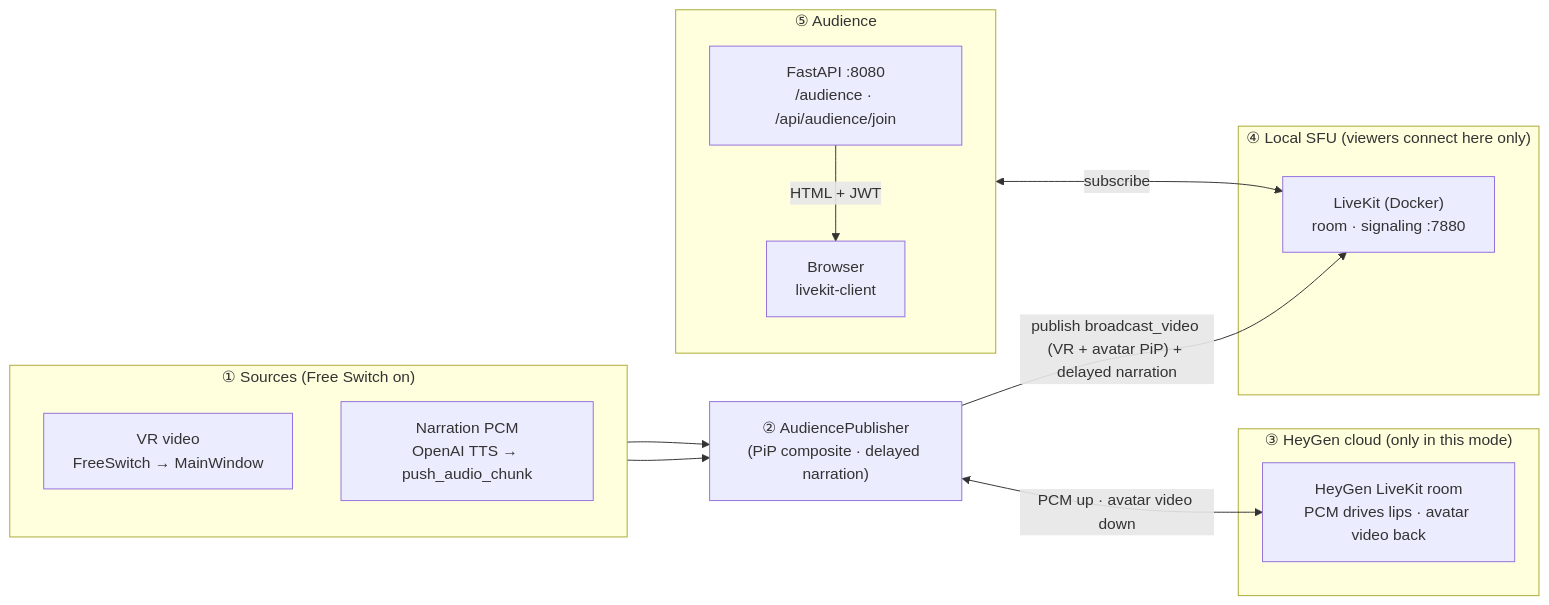
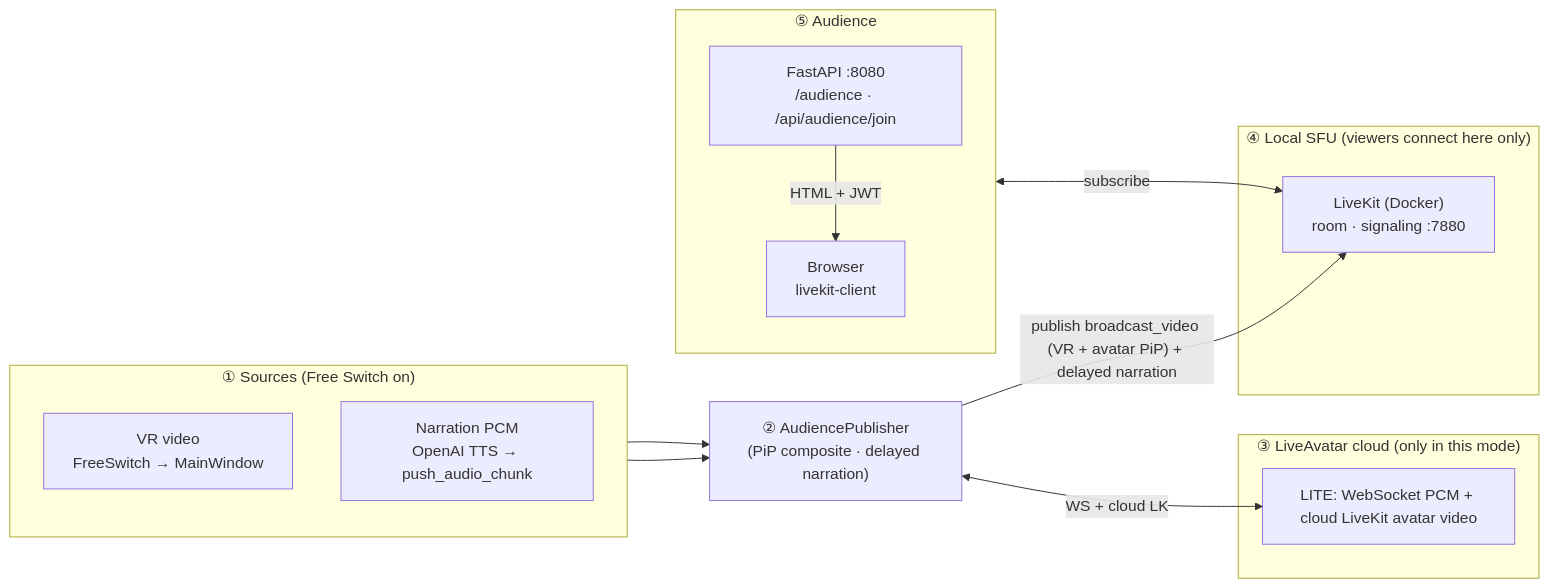
The second of 3 diagrams in src/miis_broadcast/audience/README.md (bolin35877766/miis_broadcast), drawn with Mermaid before and after one commit. The commit also changed other lines of this file and 7 other files, not shown here.

Commit message:
refactor: remove HeyGen naming; use LiveAvatar config and session module

````diff
--- a/src/miis_broadcast/audience/README.md
+++ b/src/miis_broadcast/audience/README.md
@@ -74,31 +74,31 @@
 ```mermaid
 flowchart LR
   subgraph SRC["① Sources (Free Switch on)"]
     direction TB
     VR["VR video<br/>FreeSwitch → MainWindow"]
     PCM["Narration PCM<br/>OpenAI TTS → push_audio_chunk"]
   end
 
   PUB["② AudiencePublisher<br/>(PiP composite · delayed narration)"]
 
-  subgraph CLD["③ HeyGen cloud (only in this mode)"]
-    HG["HeyGen LiveKit room<br/>PCM drives lips · avatar video back"]
+  subgraph CLD["③ LiveAvatar cloud (only in this mode)"]
+    LA["LITE: WebSocket PCM + cloud LiveKit avatar video"]
   end
 
   subgraph LOC["④ Local SFU (viewers connect here only)"]
     LK["LiveKit (Docker)<br/>room · signaling :7880"]
   end
 
   subgraph AUD["⑤ Audience"]
     direction TB
     HTTP["FastAPI :8080<br/>/audience · /api/audience/join"]
     BR["Browser<br/>livekit-client"]
   end
 
   VR --> PUB
   PCM --> PUB
-  PUB <-->|"PCM up · avatar video down"| HG
+  PUB <-->|"WS + cloud LK"| LA
   PUB -->|"publish broadcast_video (VR + avatar PiP) + delayed narration"| LK
   HTTP -->|"HTML + JWT"| BR
   BR <-->|"subscribe"| LK
 ```
````
